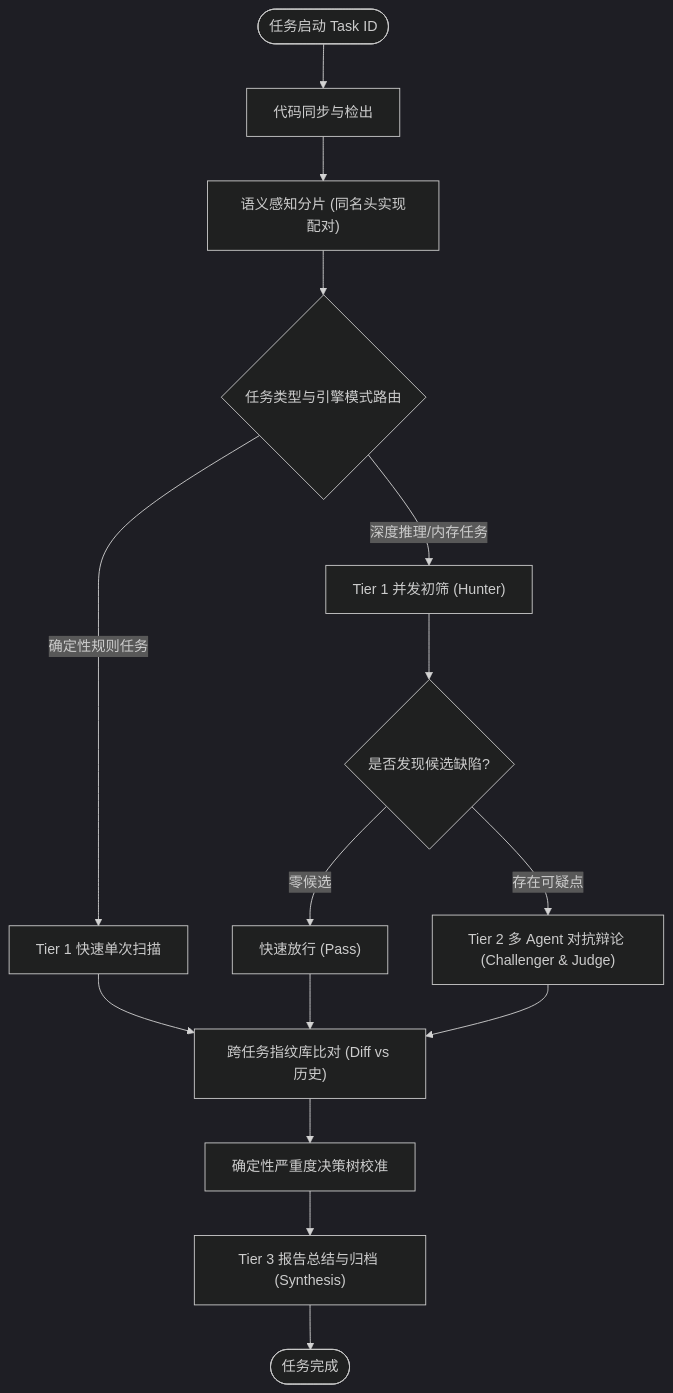
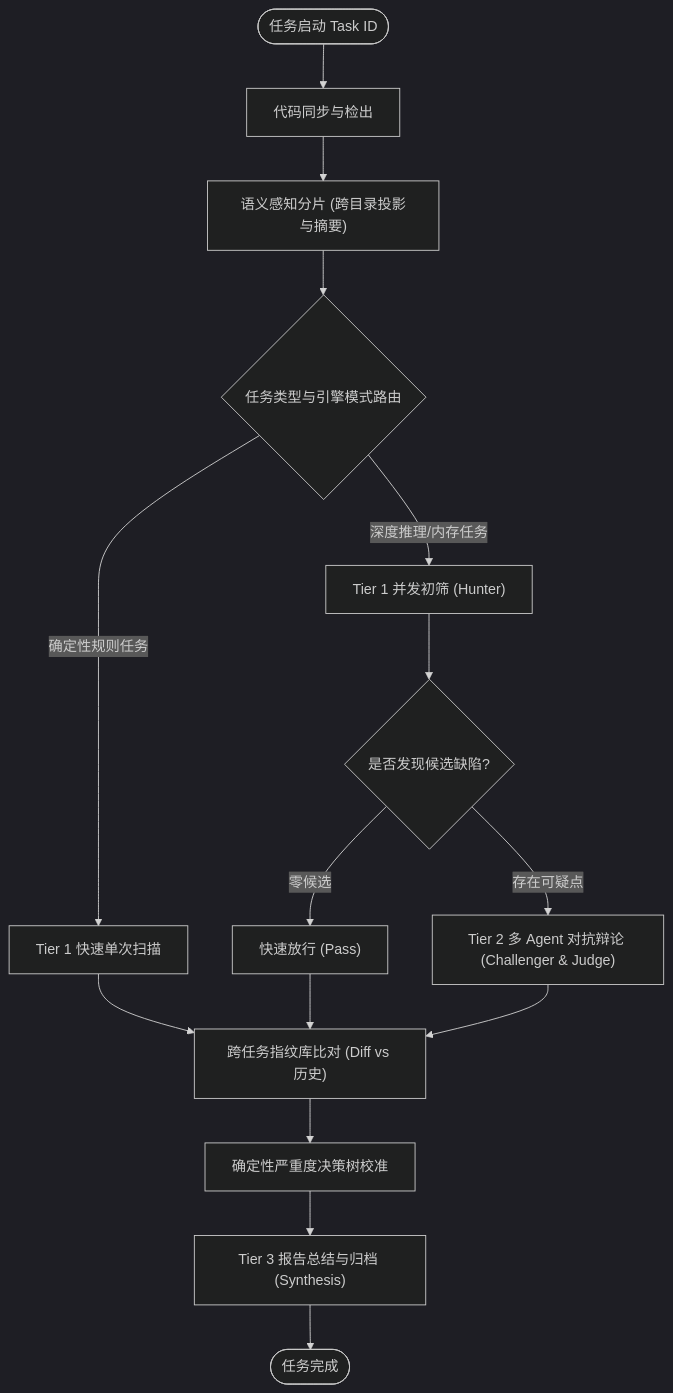
One commit to fugui/code-shield changed the second of 2 diagrams in docs/agentic-scanner-architecture/03-CodeShield-异构模型流水线与DAG调度器设计.md. Above: the diagram before and after it, drawn with Mermaid (dark theme). The commit also changed other lines of this file and 6 other files, not shown here.

````diff
--- a/docs/agentic-scanner-architecture/03-CodeShield-异构模型流水线与DAG调度器设计.md
+++ b/docs/agentic-scanner-architecture/03-CodeShield-异构模型流水线与DAG调度器设计.md
@@ -43,23 +48,23 @@
 ```mermaid
 flowchart TD
     Start(["任务启动 Task ID"]) --> Node_Checkout["代码同步与检出"]
-    Node_Checkout --> Node_Chunk["语义感知分片 (同名头实现配对)"]
+    Node_Checkout --> Node_Chunk["语义感知分片 (跨目录投影与摘要)"]
     
     Node_Chunk --> Node_Route{"任务类型与引擎模式路由"}
     
     Node_Route -->|确定性规则任务| Node_FastScan["Tier 1 快速单次扫描"]
     Node_Route -->|深度推理/内存任务| Node_Tier1_Map["Tier 1 并发初筛 (Hunter)"]
     
     Node_Tier1_Map --> Condition_HasCandidates{"是否发现候选缺陷?"}
     
     Condition_HasCandidates -->|零候选| Node_FastPass["快速放行 (Pass)"]
     Condition_HasCandidates -->|存在可疑点| Node_Debate["Tier 2 多 Agent 对抗辩论 (Challenger & Judge)"]
     
     Node_FastPass --> Node_MemoryDiff
     Node_FastScan --> Node_MemoryDiff
     Node_Debate --> Node_MemoryDiff["跨任务指纹库比对 (Diff vs 历史)"]
     
     Node_MemoryDiff --> Node_Calibrate["确定性严重度决策树校准"]
     Node_Calibrate --> Node_Synthesis["Tier 3 报告总结与归档 (Synthesis)"]
     Node_Synthesis --> EndNode(["任务完成"])
 ```
````
